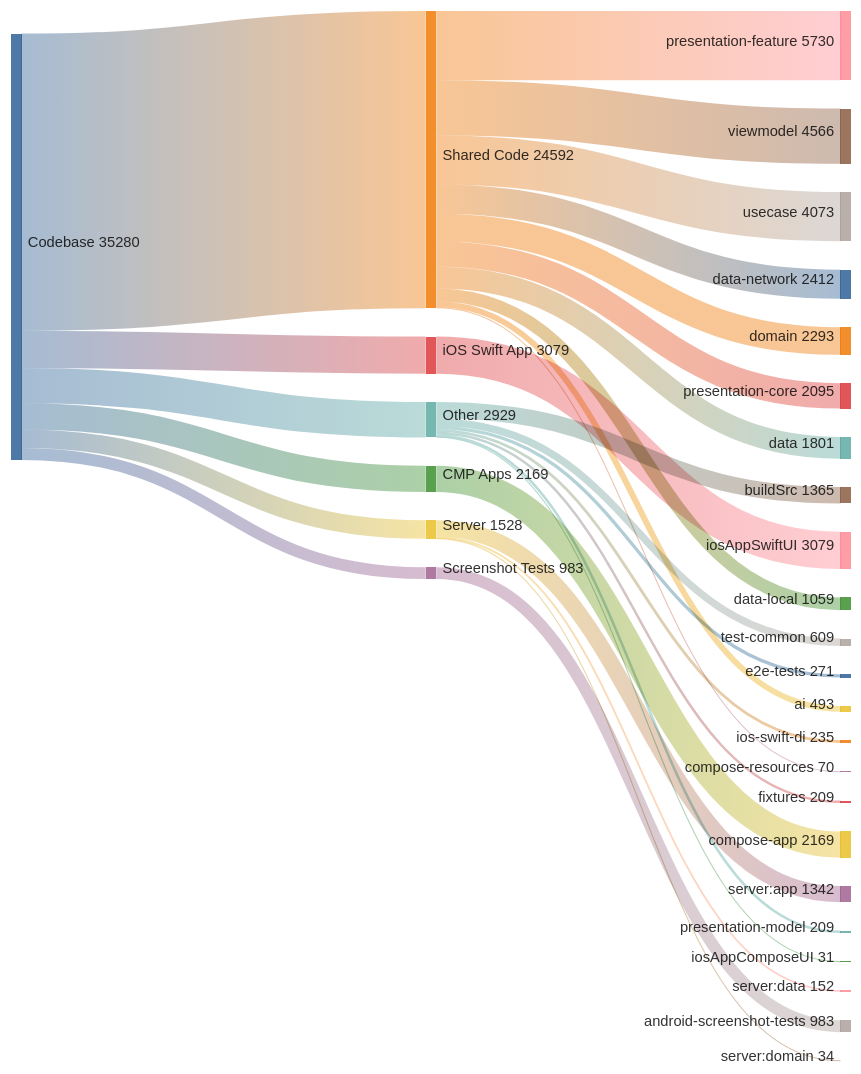
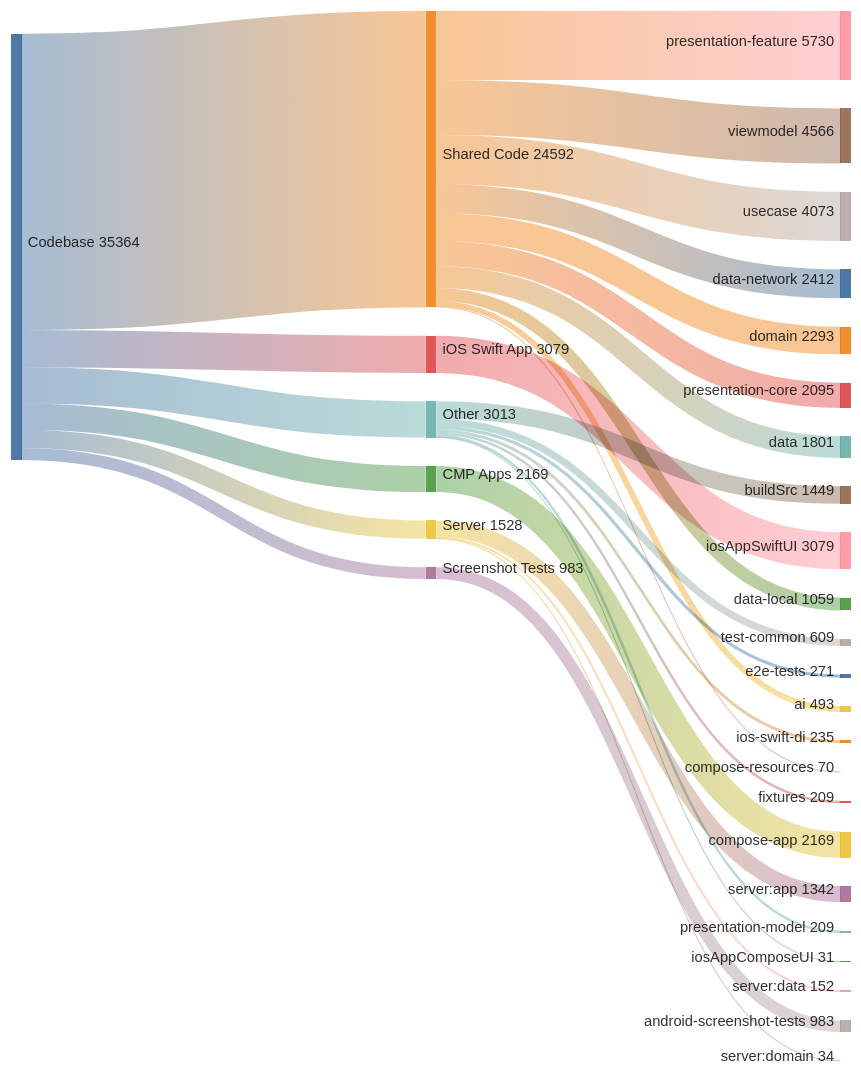
The diagram in docs/CODE_ANALYSIS.md (cartland/battery-butler), drawn with Mermaid before and after one commit. The commit also changed other lines of this file and 4 other files, not shown here.

First line of the commit message:
refactor: Extract Sankey chart to standalone .mmd file

````diff
--- a/docs/CODE_ANALYSIS.md
+++ b/docs/CODE_ANALYSIS.md
@@ -41,49 +41,49 @@
 ```mermaid
 ---
 config:
   sankey:
     showValues: true
     width: 800
     height: 1000
     nodeAlignment: justify
     linkColor: gradient
 ---
 sankey-beta
 
 Codebase,Shared Code,24592
 Codebase,iOS Swift App,3079
-Codebase,Other,2929
+Codebase,Other,3013
 Codebase,CMP Apps,2169
 Codebase,Server,1528
 Codebase,Screenshot Tests,983
 
 Shared Code,presentation-feature,5730
 Shared Code,viewmodel,4566
 Shared Code,usecase,4073
 Shared Code,data-network,2412
 Shared Code,domain,2293
 Shared Code,presentation-core,2095
 Shared Code,data,1801
 Shared Code,data-local,1059
 Shared Code,ai,493
 Shared Code,compose-resources,70
 
 iOS Swift App,iosAppSwiftUI,3079
 
-Other,buildSrc,1365
+Other,buildSrc,1449
 Other,test-common,609
 Other,e2e-tests,271
 Other,ios-swift-di,235
 Other,fixtures,209
 Other,presentation-model,209
 Other,iosAppComposeUI,31
 
 CMP Apps,compose-app,2169
 
 Server,server:app,1342
 Server,server:data,152
 Server,server:domain,34
 
 Screenshot Tests,android-screenshot-tests,983
 
 ```
````
